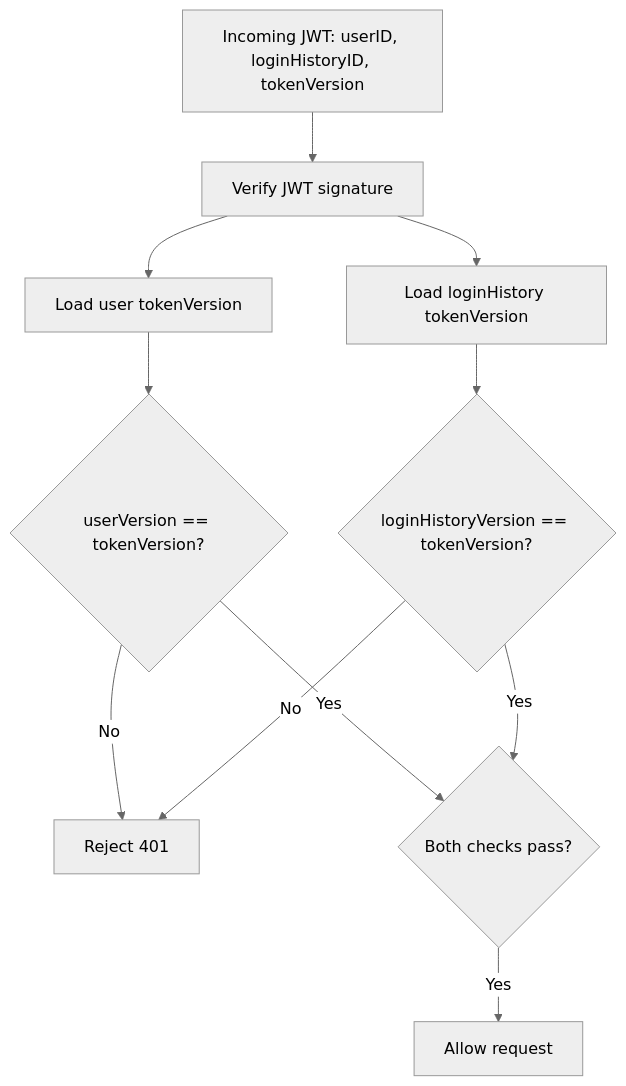
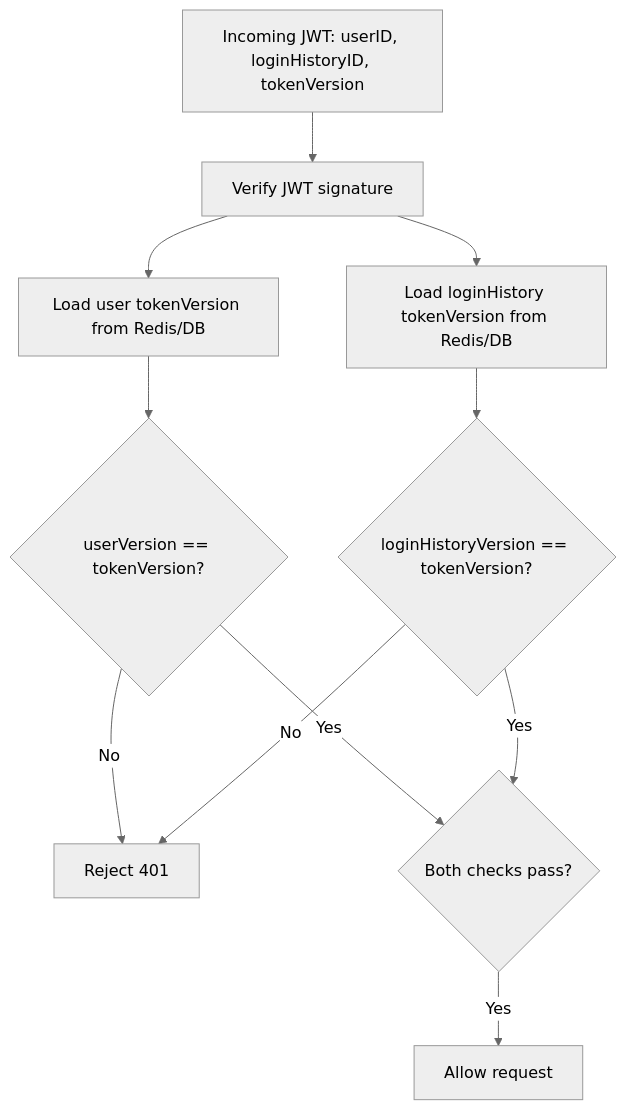
Before and after one commit to IamDevTrivedi/Trimium: the second of 10 diagrams in docs/architecture/AUTHENTICATION_AND_SESSION_MANAGEMENT_ARCHITECTURE.md, drawn with Mermaid (neutral theme). The commit also changed other lines of this file and 5 other files, not shown here.

````diff
--- a/docs/architecture/AUTHENTICATION_AND_SESSION_MANAGEMENT_ARCHITECTURE.md
+++ b/docs/architecture/AUTHENTICATION_AND_SESSION_MANAGEMENT_ARCHITECTURE.md
@@ -78,15 +78,15 @@
 ```mermaid
 flowchart TD
     T[Incoming JWT: userID, loginHistoryID, tokenVersion] --> A[Verify JWT signature]
-    A --> B[Load user tokenVersion]
-    A --> C[Load loginHistory tokenVersion]
+    A --> B[Load user tokenVersion from Redis/DB]
+    A --> C[Load loginHistory tokenVersion from Redis/DB]
 
     B --> D{userVersion == tokenVersion?}
     C --> E{loginHistoryVersion == tokenVersion?}
 
     D -- No --> X[Reject 401]
     E -- No --> X
     D -- Yes --> Y{Both checks pass?}
     E -- Yes --> Y
     Y -- Yes --> Z[Allow request]
 ```
````
